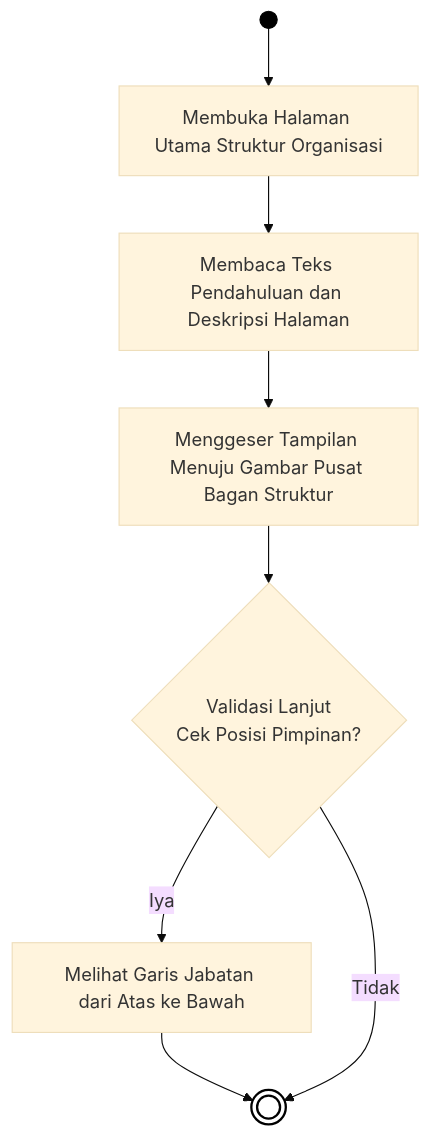
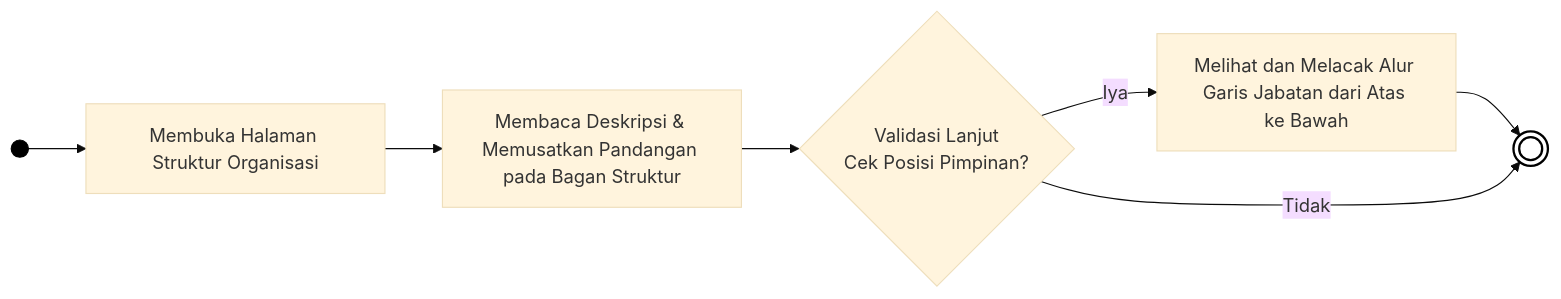
One commit to arbain-dev/Web_fikom changed the fifth of 12 diagrams in docs/01B_DIAGRAM_AKTIVITAS_PUBLIK.md. Above: the diagram before and after it, drawn with Mermaid (base theme). The commit also changed other lines of this file, not shown here.

Commit message:
docs: merombak seluruh orientasi diagram aktivitas menjadi horizontal (LR) serta fan-out agar mengular ke samping alih-alih memanjang tajam ke bawah

````diff
--- a/docs/01B_DIAGRAM_AKTIVITAS_PUBLIK.md
+++ b/docs/01B_DIAGRAM_AKTIVITAS_PUBLIK.md
@@ -145,16 +123,15 @@
 ```mermaid
-flowchart TD
-    Start(( )) --> A[Membuka Halaman Utama Struktur Organisasi]
+flowchart LR
+    Start(( )) --> A[Membuka Halaman Struktur Organisasi]
     
-    A --> B[Membaca Teks Pendahuluan dan Deskripsi Halaman]
-    B --> C[Menggeser Tampilan Menuju Gambar Pusat Bagan Struktur]
+    A --> B[Membaca Deskripsi & Memusatkan Pandangan pada Bagan Struktur]
+    B --> C{Validasi Lanjut\nCek Posisi Pimpinan?}
     
-    C --> D{Validasi Lanjut\nCek Posisi Pimpinan?}
-    D -- Iya --> E[Melihat Garis Jabatan dari Atas ke Bawah]
-    E --> End((( )))
+    C -- Iya --> D[Melihat dan Melacak Alur Garis Jabatan dari Atas ke Bawah]
+    D --> End((( )))
     
-    D -- Tidak --> End
+    C -- Tidak --> End
     
     style Start fill:#000,stroke:#000,color:#000
     style End fill:#fff,stroke:#000,stroke-width:2px
 ```
````
